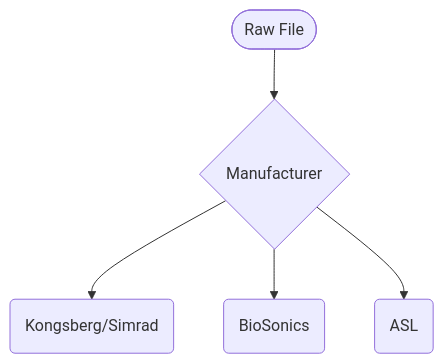
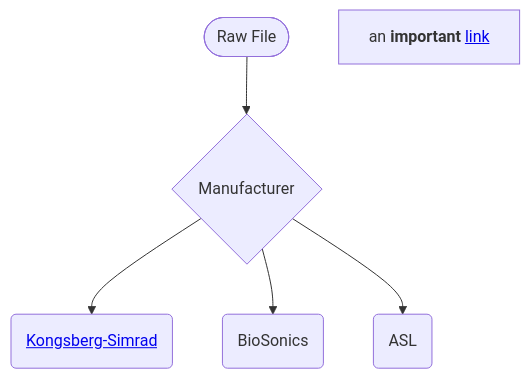
Before and after one commit to jmjech/schematic_test: the diagram in README.md, drawn with Mermaid.

Commit message:
add Kongsberg-Simrad hyperlink
Kongsberg-Simrad hyperlink to the Kongsberg-Simrad subdirectory

````diff
--- a/README.md
+++ b/README.md
@@ -4,7 +4,8 @@
 ```mermaid
 flowchart TD;
     idRF@{ shape: stadium, label: "Raw File" }-->idMan@{ shape: diamond, label: "Manufacturer" };
-    idMan-->idKS@{ shape: rounded, label: "Kongsberg/Simrad" };
+    idMan-->idKS@{ shape: rounded, label: "<a href='https://github.com/jmjech/schematic_test/blob/main/Kongsberg-Simrad/README.md'>Kongsberg-Simrad</a>" };
     idMan-->idBS@{ shape: rounded, label: "BioSonics" };
     idMan-->idASL@{ shape: rounded, label: "ASL" };
+B[an <b>important</b> <a href='http://google.com'>link</a>]
 ```
````
